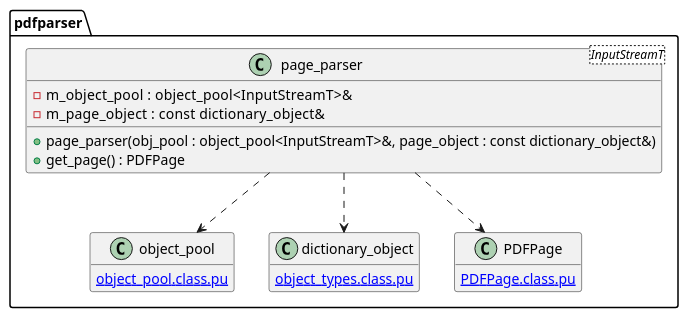
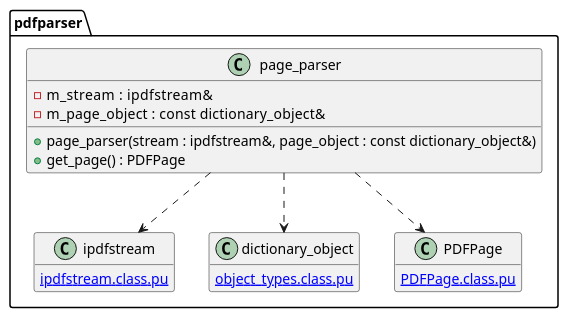
The diagram in document/document_reader/page_tree_parser/page_parser/page_parser.class.pu (KodaiYM/PDFReader), drawn with PlantUML before and after one commit. The commit also changed 38 other files, not shown here.

Commit message:
object_pool 周りの依存関係の修正

```diff
--- a/document/document_reader/page_tree_parser/page_parser/page_parser.class.pu
+++ b/document/document_reader/page_tree_parser/page_parser/page_parser.class.pu
@@ -1,24 +1,24 @@
 @startuml page_parser
 hide empty members
 namespace pdfparser {
-class page_parser<InputStreamT> {
-	-m_object_pool   : object_pool<InputStreamT>&
+class page_parser {
+	-m_stream   : ipdfstream&
 	-m_page_object   : const dictionary_object&
 
-	+page_parser(obj_pool : object_pool<InputStreamT>&, page_object : const dictionary_object&)
+	+page_parser(stream : ipdfstream&, page_object : const dictionary_object&)
 	+get_page() : PDFPage
 }
-page_parser ..> object_pool
+page_parser ..> ipdfstream
 page_parser ..> dictionary_object
 page_parser ..> PDFPage
 
-class object_pool {
-	[[object_pool.class.pu]]
+class ipdfstream {
+	[[ipdfstream.class.pu]]
 }
 class dictionary_object {
 	[[object_types.class.pu]]
 }
 class PDFPage {
 	[[PDFPage.class.pu]]
 }
 @enduml
```
